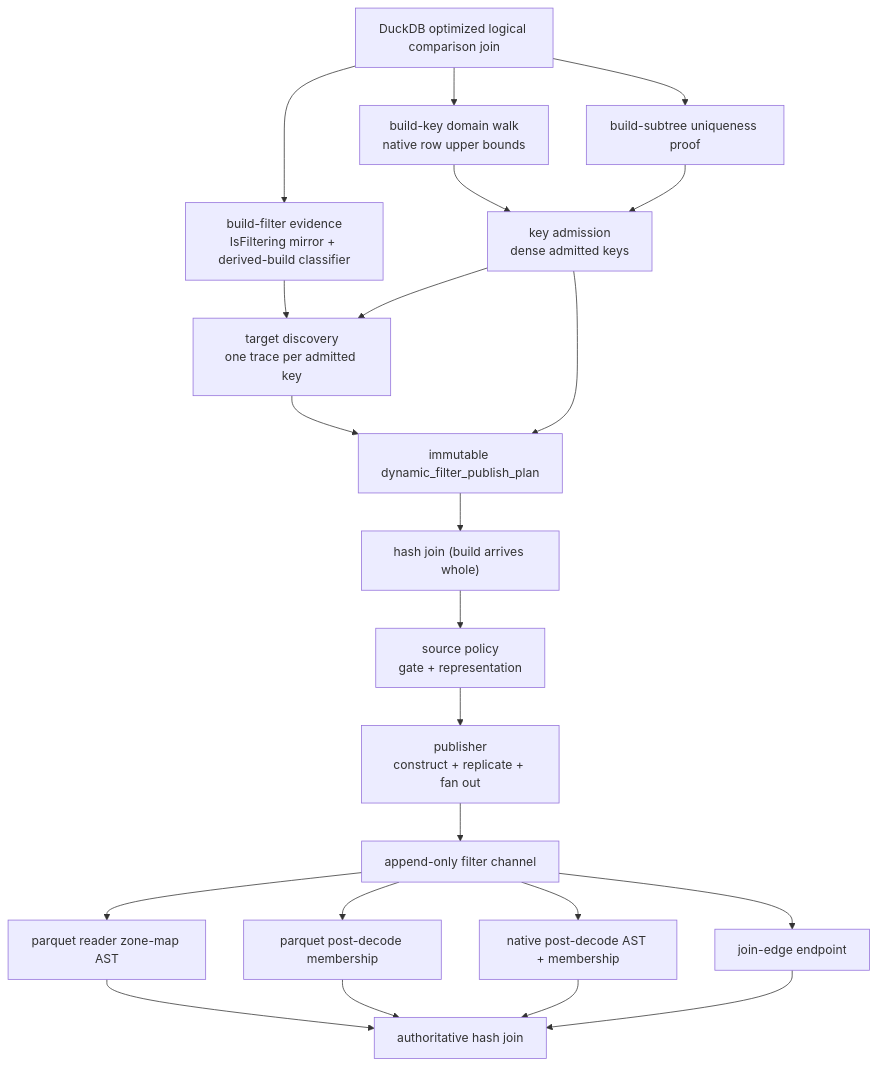
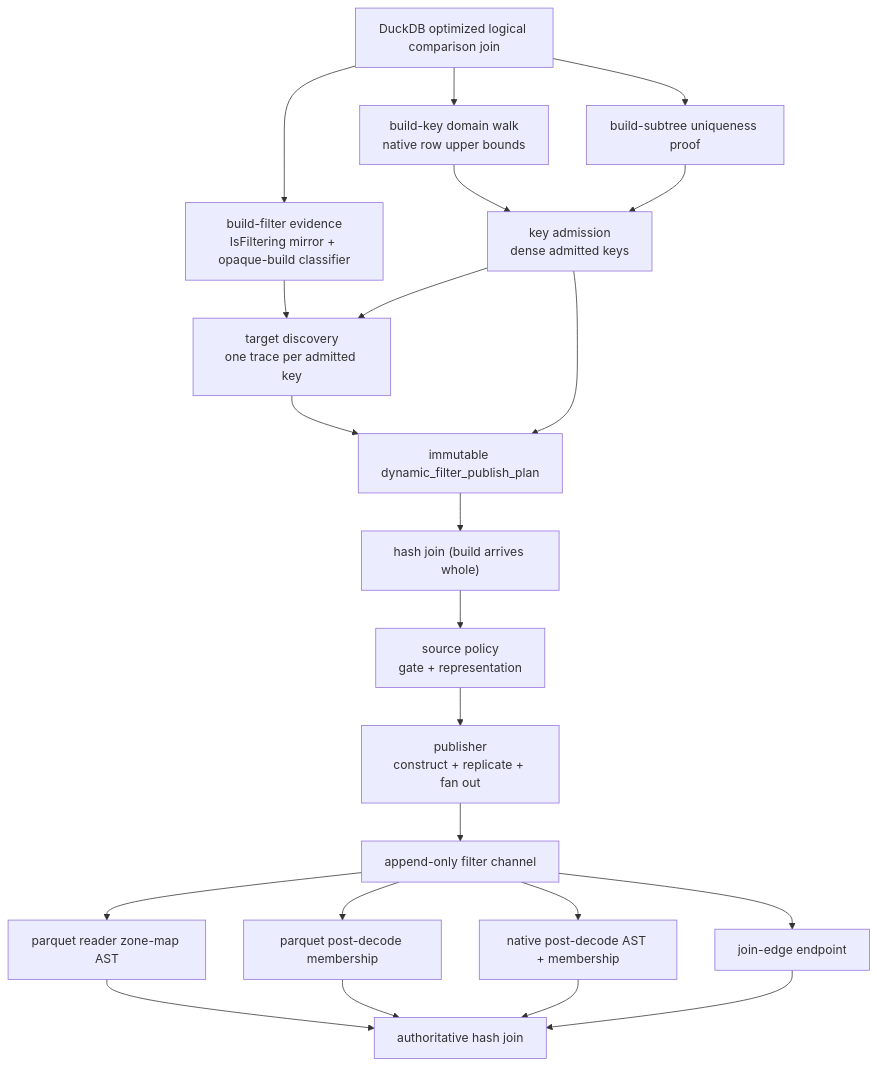
Before and after one commit to sirius-db/sirius: the second of 5 diagrams in docs/super-sirius/dynamic-filters.md, drawn with Mermaid. The commit also changed other lines of this file and 7 other files, not shown here.

Commit message:
Constrain dynamic-filter fallback to opaque builds (#1010)

````diff
--- a/docs/super-sirius/dynamic-filters.md
+++ b/docs/super-sirius/dynamic-filters.md
@@ -142,34 +149,34 @@
 ```mermaid
 flowchart TB
     LOGICAL["DuckDB optimized logical comparison join"]
-    EVIDENCE["build-filter evidence<br/>IsFiltering mirror + derived-build classifier"]
+    EVIDENCE["build-filter evidence<br/>IsFiltering mirror + opaque-build classifier"]
     DOMAIN["build-key domain walk<br/>native row upper bounds"]
     UNIQUE["build-subtree uniqueness proof"]
     ADMIT["key admission<br/>dense admitted keys"]
     DISCOVERY["target discovery<br/>one trace per admitted key"]
     PLAN["immutable dynamic_filter_publish_plan"]
     JOIN["hash join (build arrives whole)"]
     POLICY["source policy<br/>gate + representation"]
     PUB["publisher<br/>construct + replicate + fan out"]
     CHANNEL["append-only filter channel"]
     RDR["parquet reader zone-map AST"]
     PQPOST["parquet post-decode membership"]
     NATIVE["native post-decode AST + membership"]
     EDGE["join-edge endpoint"]
     AUTH["authoritative hash join"]
 
     LOGICAL --> EVIDENCE
     LOGICAL --> DOMAIN
     LOGICAL --> UNIQUE
     DOMAIN --> ADMIT
     UNIQUE --> ADMIT
     EVIDENCE --> DISCOVERY
     ADMIT --> DISCOVERY
     ADMIT --> PLAN
     DISCOVERY --> PLAN
     PLAN --> JOIN --> POLICY --> PUB --> CHANNEL
     CHANNEL --> RDR --> AUTH
     CHANNEL --> PQPOST --> AUTH
     CHANNEL --> NATIVE --> AUTH
     CHANNEL --> EDGE --> AUTH
 ```
````
